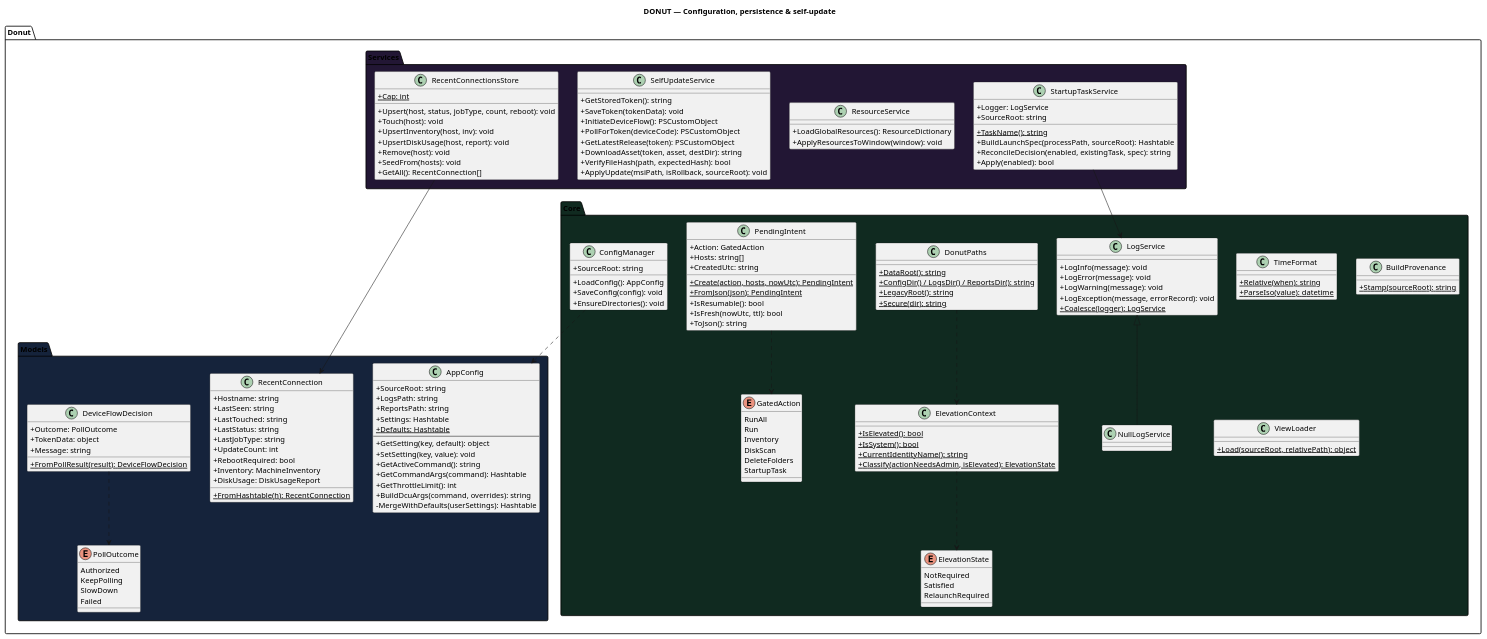
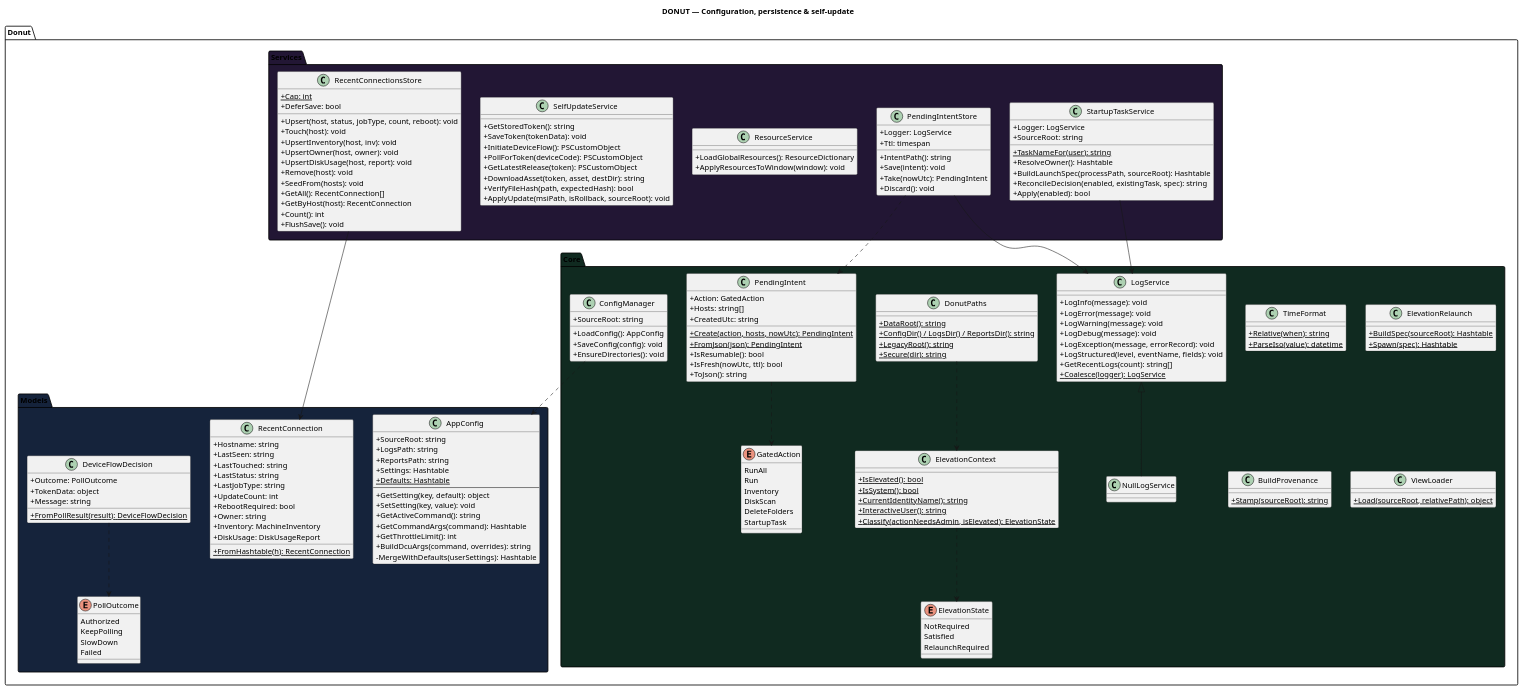
One commit to Danial-Changez/DONUT changed the diagram in docs/diagrams/class_config.puml. Above: the diagram before and after it, drawn with PlantUML. The commit also changed 16 other files, not shown here.

```diff
--- a/docs/diagrams/class_config.puml
+++ b/docs/diagrams/class_config.puml
@@ -1,170 +1,197 @@
 @startuml class_config
 title DONUT — Configuration, persistence & self-update
 skinparam classAttributeIconSize 0
 
 ' Subsystem cut of the retired all-in-one class diagram: config/persistence,
 ' logging/provenance, the recents store, startup-task plumbing, and self-update.
 ' Cross-subsystem wiring lives in component_diagram.
 package "Donut.Core" #102A20 {
     class ConfigManager {
         +SourceRoot: string
         +LoadConfig(): AppConfig
         +SaveConfig(config): void
         +EnsureDirectories(): void
     }
 
     class LogService {
         +LogInfo(message): void
         +LogError(message): void
         +LogWarning(message): void
+        +LogDebug(message): void
         +LogException(message, errorRecord): void
+        +LogStructured(level, eventName, fields): void
+        +GetRecentLogs(count): string[]
         +{static} Coalesce(logger): LogService
     }
     class NullLogService extends LogService
 
     class TimeFormat {
         +{static} Relative(when): string
         +{static} ParseIso(value): datetime
     }
 
     enum ElevationState {
         NotRequired
         Satisfied
         RelaunchRequired
     }
 
     class DonutPaths {
         +{static} DataRoot(): string
         +{static} ConfigDir() / LogsDir() / ReportsDir(): string
         +{static} LegacyRoot(): string
         +{static} Secure(dir): string
     }
 
     class ElevationContext {
         +{static} IsElevated(): bool
         +{static} IsSystem(): bool
         +{static} CurrentIdentityName(): string
+        +{static} InteractiveUser(): string
         +{static} Classify(actionNeedsAdmin, isElevated): ElevationState
     }
     ElevationContext ..> ElevationState
     DonutPaths ..> ElevationContext
+
+    class ElevationRelaunch {
+        +{static} BuildSpec(sourceRoot): Hashtable
+        +{static} Spawn(spec): Hashtable
+    }
 
     enum GatedAction {
         RunAll
         Run
         Inventory
         DiskScan
         DeleteFolders
         StartupTask
     }
 
     class PendingIntent {
         +Action: GatedAction
         +Hosts: string[]
         +CreatedUtc: string
         +{static} Create(action, hosts, nowUtc): PendingIntent
         +{static} FromJson(json): PendingIntent
         +IsResumable(): bool
         +IsFresh(nowUtc, ttl): bool
         +ToJson(): string
     }
     PendingIntent ..> GatedAction
 
     class BuildProvenance {
         +{static} Stamp(sourceRoot): string
     }
 
     class ViewLoader {
         +{static} Load(sourceRoot, relativePath): object
     }
 }
 
 package "Donut.Services" #221634 {
     class RecentConnectionsStore {
         +{static} Cap: int
+        +DeferSave: bool
         +Upsert(host, status, jobType, count, reboot): void
         +Touch(host): void
         +UpsertInventory(host, inv): void
+        +UpsertOwner(host, owner): void
         +UpsertDiskUsage(host, report): void
         +Remove(host): void
         +SeedFrom(hosts): void
         +GetAll(): RecentConnection[]
+        +GetByHost(host): RecentConnection
+        +Count(): int
+        +FlushSave(): void
+    }
+
+    class PendingIntentStore {
+        +Logger: LogService
+        +Ttl: timespan
+        +IntentPath(): string
+        +Save(intent): void
+        +Take(nowUtc): PendingIntent
+        +Discard(): void
     }
 
     class ResourceService {
         +LoadGlobalResources(): ResourceDictionary
         +ApplyResourcesToWindow(window): void
     }
 
     class SelfUpdateService {
         +GetStoredToken(): string
         +SaveToken(tokenData): void
         +InitiateDeviceFlow(): PSCustomObject
         +PollForToken(deviceCode): PSCustomObject
         +GetLatestRelease(token): PSCustomObject
         +DownloadAsset(token, asset, destDir): string
         +VerifyFileHash(path, expectedHash): bool
         +ApplyUpdate(msiPath, isRollback, sourceRoot): void
     }
 
     class StartupTaskService {
         +Logger: LogService
         +SourceRoot: string
-        +{static} TaskName(): string
+        +{static} TaskNameFor(user): string
+        +ResolveOwner(): Hashtable
         +BuildLaunchSpec(processPath, sourceRoot): Hashtable
         +ReconcileDecision(enabled, existingTask, spec): string
         +Apply(enabled): bool
     }
 }
 
 package "Donut.Models" #15233B {
     class AppConfig {
         +SourceRoot: string
         +LogsPath: string
         +ReportsPath: string
         +Settings: Hashtable
         +{static} Defaults: Hashtable
         --
         +GetSetting(key, default): object
         +SetSetting(key, value): void
         +GetActiveCommand(): string
         +GetCommandArgs(command): Hashtable
         +GetThrottleLimit(): int
         +BuildDcuArgs(command, overrides): string
         -MergeWithDefaults(userSettings): Hashtable
     }
 
     class RecentConnection {
         +Hostname: string
         +LastSeen: string
         +LastTouched: string
         +LastStatus: string
         +LastJobType: string
         +UpdateCount: int
         +RebootRequired: bool
+        +Owner: string
         +Inventory: MachineInventory
         +DiskUsage: DiskUsageReport
         +{static} FromHashtable(h): RecentConnection
     }
 
     enum PollOutcome {
         Authorized
         KeepPolling
         SlowDown
         Failed
     }
 
     class DeviceFlowDecision {
         +Outcome: PollOutcome
         +TokenData: object
         +Message: string
         +{static} FromPollResult(result): DeviceFlowDecision
     }
 }
 
 ConfigManager ..> AppConfig
 RecentConnectionsStore --> RecentConnection
 DeviceFlowDecision ..> PollOutcome
 StartupTaskService --> LogService
+PendingIntentStore --> LogService
+PendingIntentStore ..> PendingIntent
 
 @enduml
```
